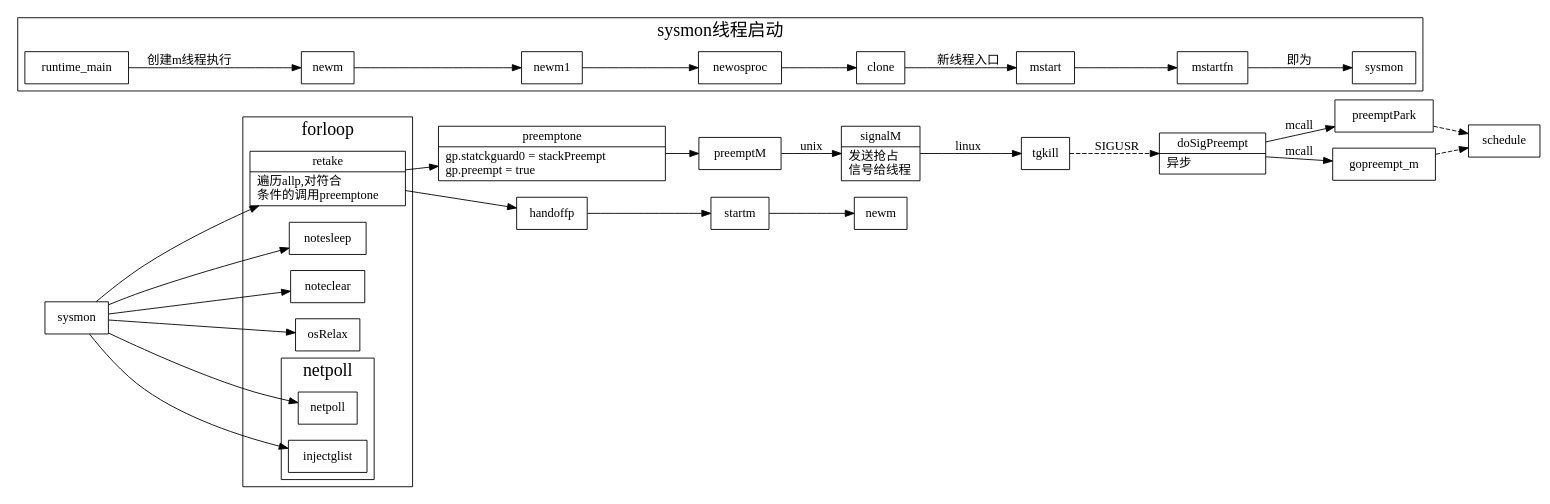
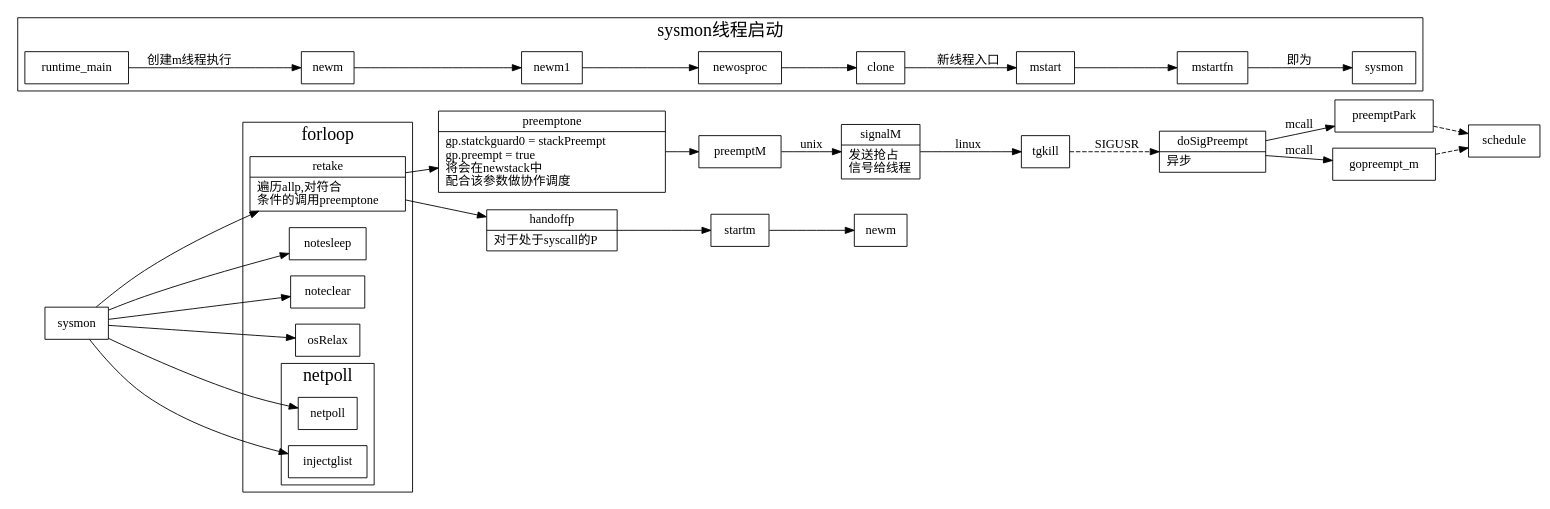
Before and after one commit to xieyu/blog: the diagram in src/golang/sysmon.dot, drawn with Graphviz. The commit also changed 1 other file, not shown here.

```diff
--- a/src/golang/sysmon.dot
+++ b/src/golang/sysmon.dot
@@ -1,72 +1,80 @@
 digraph sysmon {
   node[shape=box];
   newrank=true;
   rankdir=LR;
   retake[shape="record";
     label="{{
       retake|
         遍历allp,对符合\l条件的调用preemptone\l
     }}";
   ];
   preemptone[shape="record";
     label="{{
       preemptone|
         gp.statckguard0 = stackPreempt\l
         gp.preempt = true\l
+        将会在newstack中\l 
+        配合该参数做协作调度\l
     }}";
   ];
   subgraph cluster_sysmon {
     graph[label="sysmon线程启动";fontsize=20;];
     runtime_main -> newm [label="创建m线程执行"];
     newm -> newm1 -> newosproc -> clone
     clone -> mstart[label="新线程入口"];
     mstart -> mstartfn;
     mstartfn -> sysmon[label="即为"];
   };
   fn_sysmon[label="sysmon"]
   subgraph cluster_forloop{
     graph[label="forloop";fontsize=20;];
     notesleep;
     noteclear;
     retake;
     osRelax;
     subgraph cluster_netpoll {
       graph[label="netpoll";fontsize=20;];
       netpoll;
       injectglist;
     }
   }
   fn_sysmon -> {
     notesleep;
     noteclear;
     retake;
     netpoll;
     injectglist;
     osRelax;
   }
+  handoffp[shape="record";
+    label="{{
+      handoffp|
+        对于处于syscall的P\l
+    }}";
+  ];
 
   retake -> {
     handoffp;
     preemptone;
   }
   preemptone -> preemptM;
   preemptM -> signalM[label="unix"];
   signalM[shape="record";
     label="{{
       signalM|
         发送抢占\l信号给线程\l
     }}";
   ];
   doSigPreempt[shape="record";
     label="{{
       doSigPreempt|
         异步\l
     }}";
   ];
   signalM -> tgkill[label="linux"];
   tgkill -> doSigPreempt[label="SIGUSR", style=dashed]
   doSigPreempt -> {preemptPark, gopreempt_m}[label="mcall"];
   {preemptPark, gopreempt_m} -> schedule[style=dashed];
   newm2[label="newm"];
   handoffp -> startm -> newm2;
 }
```
